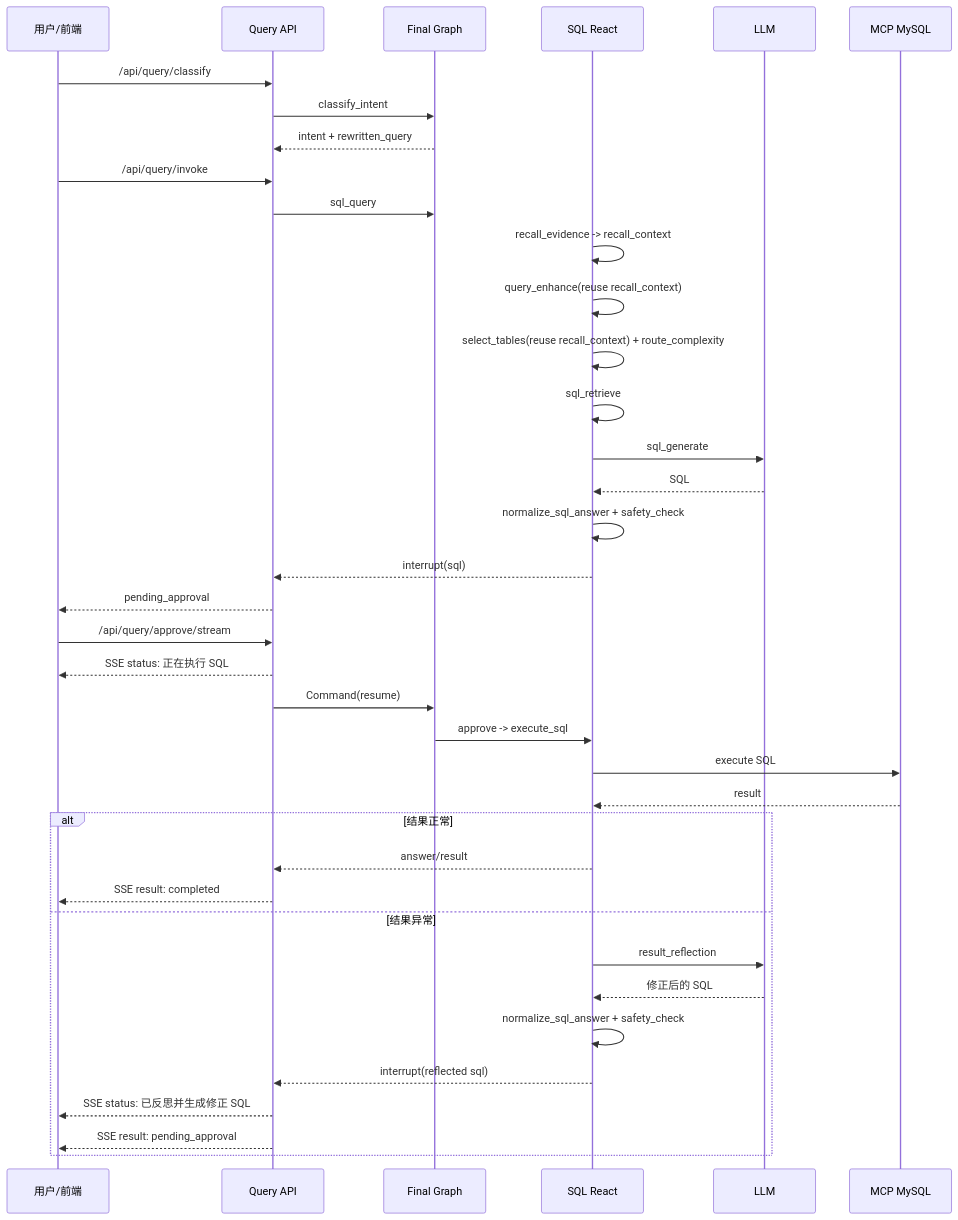
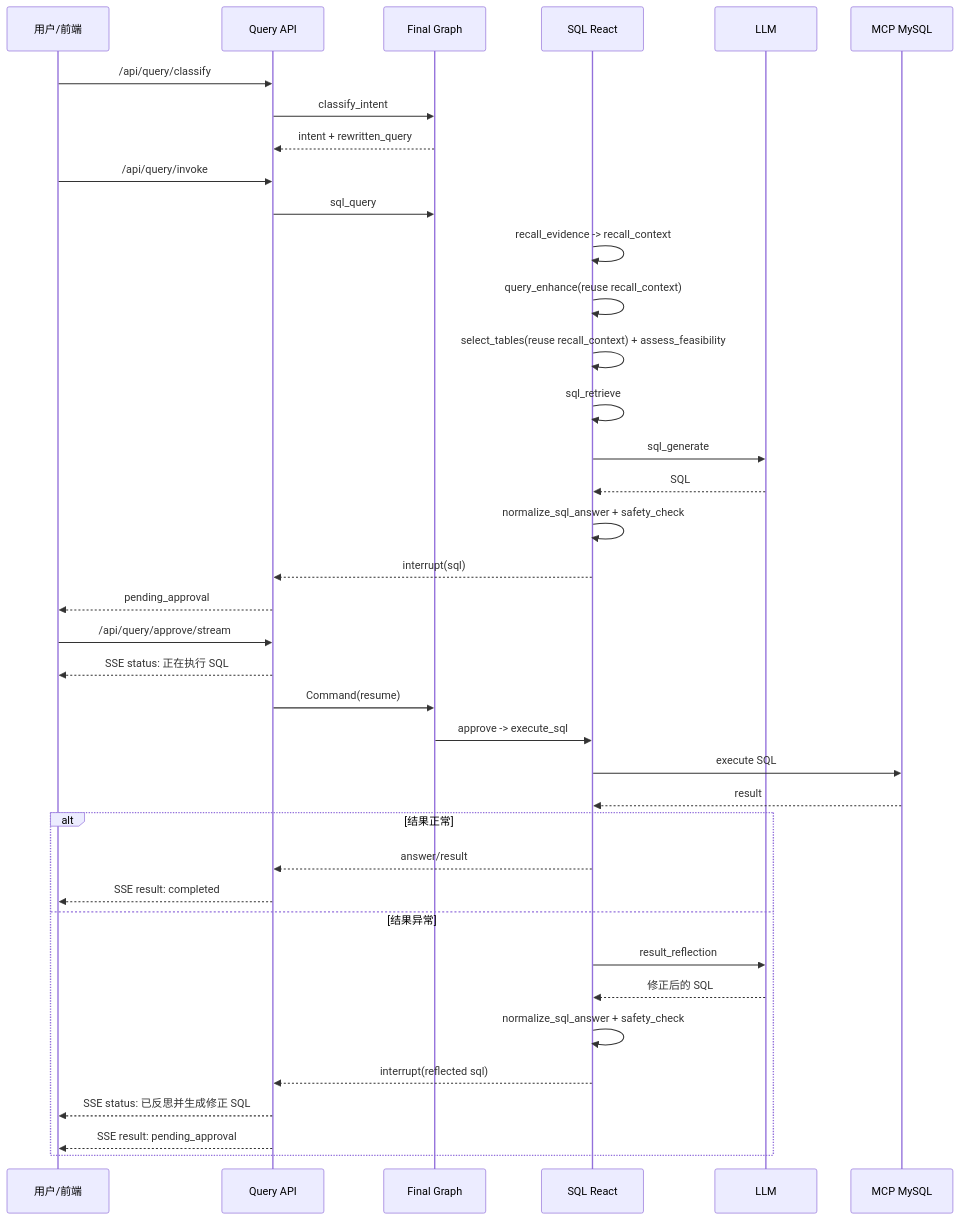
Before and after one commit to liangyuzhe/agent-platform-py: the second of 2 diagrams in README.md, drawn with Mermaid. The commit also changed other lines of this file and 20 other files, not shown here.

````diff
--- a/README.md
+++ b/README.md
@@ -828,44 +827,44 @@
 ```mermaid
 sequenceDiagram
     participant U as 用户/前端
     participant API as Query API
     participant G as Final Graph
     participant S as SQL React
     participant LLM as LLM
     participant DB as MCP MySQL
 
     U->>API: /api/query/classify
     API->>G: classify_intent
     G-->>API: intent + rewritten_query
 
     U->>API: /api/query/invoke
     API->>G: sql_query
     S->>S: recall_evidence -> recall_context
     S->>S: query_enhance(reuse recall_context)
-    S->>S: select_tables(reuse recall_context) + route_complexity
+    S->>S: select_tables(reuse recall_context) + assess_feasibility
     S->>S: sql_retrieve
     S->>LLM: sql_generate
     LLM-->>S: SQL
     S->>S: normalize_sql_answer + safety_check
     S-->>API: interrupt(sql)
     API-->>U: pending_approval
 
     U->>API: /api/query/approve/stream
     API-->>U: SSE status: 正在执行 SQL
     API->>G: Command(resume)
     G->>S: approve -> execute_sql
     S->>DB: execute SQL
     DB-->>S: result
 
     alt 结果正常
         S-->>API: answer/result
         API-->>U: SSE result: completed
     else 结果异常
         S->>LLM: result_reflection
         LLM-->>S: 修正后的 SQL
         S->>S: normalize_sql_answer + safety_check
         S-->>API: interrupt(reflected sql)
         API-->>U: SSE status: 已反思并生成修正 SQL
         API-->>U: SSE result: pending_approval
     end
 ```
````
